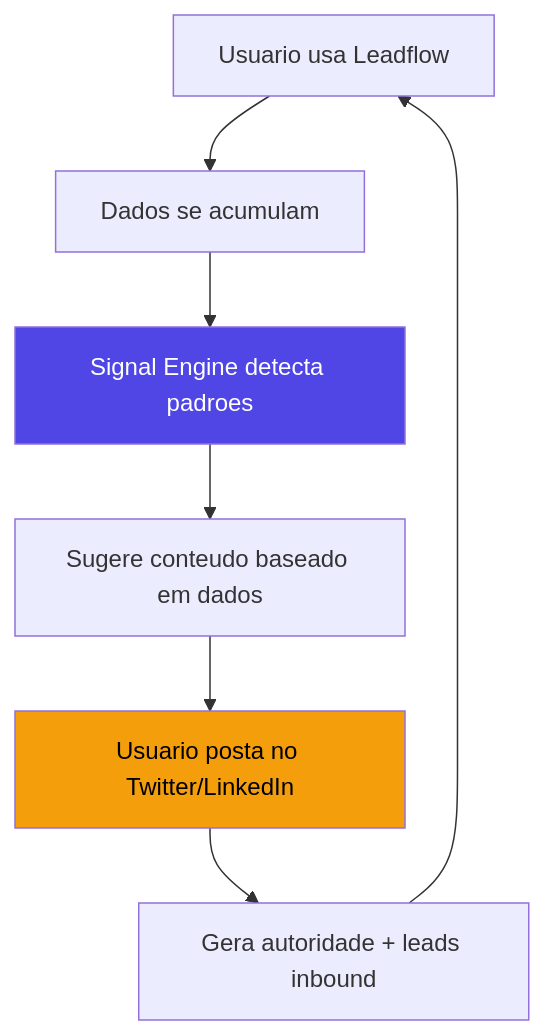
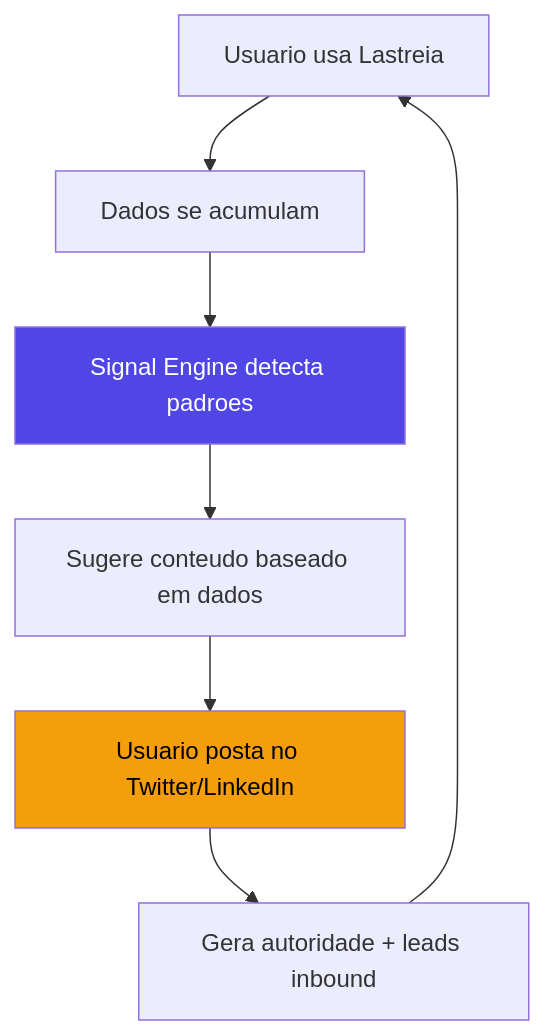
The diagram in SIGNAL_ENGINE.md (leonardo-lacerda/LeadFlow), drawn with Mermaid before and after one commit. The commit also changed other lines of this file and 45 other files, not shown here.

````diff
--- a/SIGNAL_ENGINE.md
+++ b/SIGNAL_ENGINE.md
@@ -331,12 +331,12 @@
 ```mermaid
 graph TD
-    A[Usuario usa Leadflow] --> B[Dados se acumulam]
+    A[Usuario usa Lastreia] --> B[Dados se acumulam]
     B --> C[Signal Engine detecta padroes]
     C --> D[Sugere conteudo baseado em dados]
     D --> E[Usuario posta no Twitter/LinkedIn]
     E --> F[Gera autoridade + leads inbound]
     F --> A
 
     style C fill:#4f46e5,color:#fff
     style E fill:#f59e0b,color:#000
 ```
````
